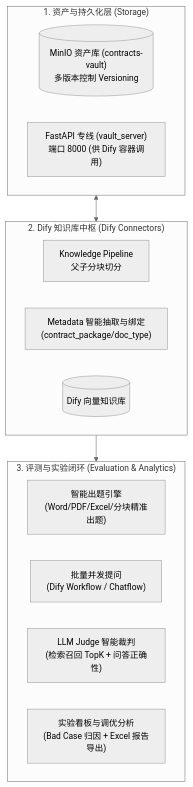
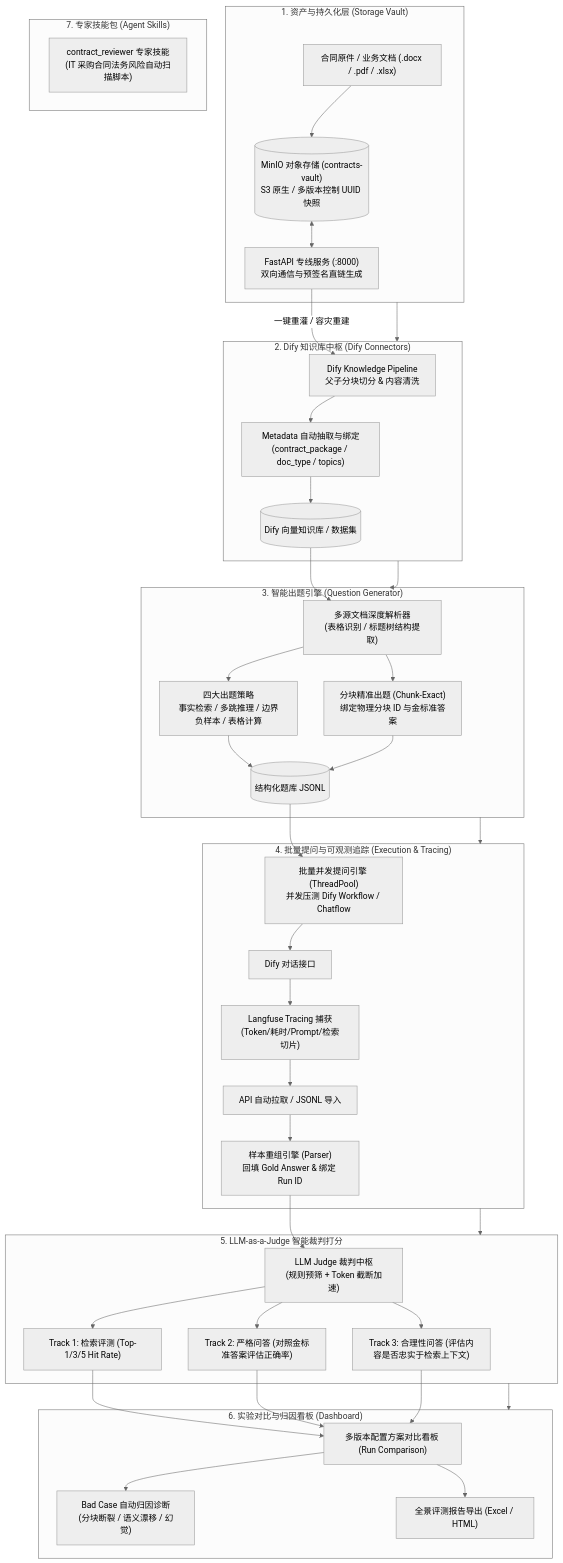
The diagram in README.md (NightMare33133/Langfuse_test), drawn with Mermaid (neutral theme) before and after one commit. The commit also changed other lines of this file, not shown here.

````diff
--- a/README.md
+++ b/README.md
@@ -9,23 +34,51 @@
 ```mermaid
 flowchart TD
-    subgraph Storage["1. 资产与持久化层 (Storage)"]
-        MinIO[("MinIO 资产库 (contracts-vault)<br/>多版本控制 Versioning")]
-        FastAPI["FastAPI 专线 (vault_server)<br/>端口 8000 (供 Dify 容器调用)"]
+    subgraph Storage["1. 资产与持久化层 (Storage Vault)"]
+        RawDocs["合同原件 / 业务文档 (.docx / .pdf / .xlsx)"] --> MinIO[("MinIO 对象存储 (contracts-vault)<br/>S3 原生 / 多版本控制 UUID 快照")]
+        MinIO <--> VaultServer["FastAPI 专线服务 (:8000)<br/>双向通信与预签名直链生成"]
     end
 
-    subgraph Dify["2. Dify 知识库中枢 (Dify Connectors)"]
-        Pipeline["Knowledge Pipeline<br/>父子分块切分"]
-        Metadata["Metadata 智能抽取与绑定<br/>(contract_package/doc_type)"]
-        KB[("Dify 向量知识库")]
+    subgraph DifyLayer["2. Dify 知识库中枢 (Dify Connectors)"]
+        VaultServer -->|"一键重灌 / 容灾重建"| Ingest["Dify Knowledge Pipeline<br/>父子分块切分 & 内容清洗"]
+        Ingest --> Meta["Metadata 自动抽取与绑定<br/>(contract_package / doc_type / topics)"]
+        Meta --> KB[("Dify 向量知识库 / 数据集")]
     end
 
-    subgraph Eval["3. 评测与实验闭环 (Evaluation & Analytics)"]
-        QGen["智能出题引擎<br/>(Word/PDF/Excel/分块精准出题)"]
-        BatchQ["批量并发提问<br/>(Dify Workflow / Chatflow)"]
-        Judge["LLM Judge 智能裁判<br/>(检索召回 TopK + 问答正确性)"]
-        Exp["实验看板与调优分析<br/>(Bad Case 归因 + Excel 报告导出)"]
+    subgraph QGenLayer["3. 智能出题引擎 (Question Generator)"]
+        KB --> DocParse["多源文档深度解析器<br/>(表格识别 / 标题树结构提取)"]
+        DocParse --> QStrategies["四大出题策略<br/>事实检索 / 多跳推理 / 边界负样本 / 表格计算"]
+        DocParse --> ChunkExact["分块精准出题 (Chunk-Exact)<br/>绑定物理分块 ID 与金标准答案"]
+        QStrategies & ChunkExact --> QSet[("结构化题库 JSONL")]
     end
 
-    Storage <--> Dify
-    Dify --> Eval
+    subgraph EvalPipeline["4. 批量提问与可观测追踪 (Execution & Tracing)"]
+        QSet --> BatchEngine["批量并发提问引擎 (ThreadPool)<br/>并发压测 Dify Workflow / Chatflow"]
+        BatchEngine --> DifyAPI["Dify 对话接口"]
+        DifyAPI --> LF["Langfuse Tracing 捕获<br/>(Token/耗时/Prompt/检索切片)"]
+        LF --> TraceFetch["API 自动拉取 / JSONL 导入"]
+        TraceFetch --> SampleParser["样本重组引擎 (Parser)<br/>回填 Gold Answer & 绑定 Run ID"]
+    end
+
+    subgraph JudgeLayer["5. LLM-as-a-Judge 智能裁判打分"]
+        SampleParser --> JudgeEngine["LLM Judge 裁判中枢<br/>(规则预筛 + Token 截断加速)"]
+        JudgeEngine --> T1["Track 1: 检索评测 (Top-1/3/5 Hit Rate)"]
+        JudgeEngine --> T2["Track 2: 严格问答 (对照金标准答案评估正确率)"]
+        JudgeEngine --> T3["Track 3: 合理性问答 (评估内容是否忠实于检索上下文)"]
+    end
+
+    subgraph Analytics["6. 实验对比与归因看板 (Dashboard)"]
+        T1 & T2 & T3 --> ExpDash["多版本配置方案对比看板 (Run Comparison)"]
+        ExpDash --> BadCase["Bad Case 自动归因诊断<br/>(分块断裂 / 语义漂移 / 幻觉)"]
+        ExpDash --> ExportReport["全景评测报告导出 (Excel / HTML)"]
+    end
+
+    subgraph SkillPack["7. 专家技能包 (Agent Skills)"]
+        SkillReview["contract_reviewer 专家技能<br/>(IT 采购合同法务风险自动扫描脚本)"]
+    end
+
+    Storage --> DifyLayer
+    DifyLayer --> QGenLayer
+    QGenLayer --> EvalPipeline
+    EvalPipeline --> JudgeLayer
+    JudgeLayer --> Analytics
 ```
````
